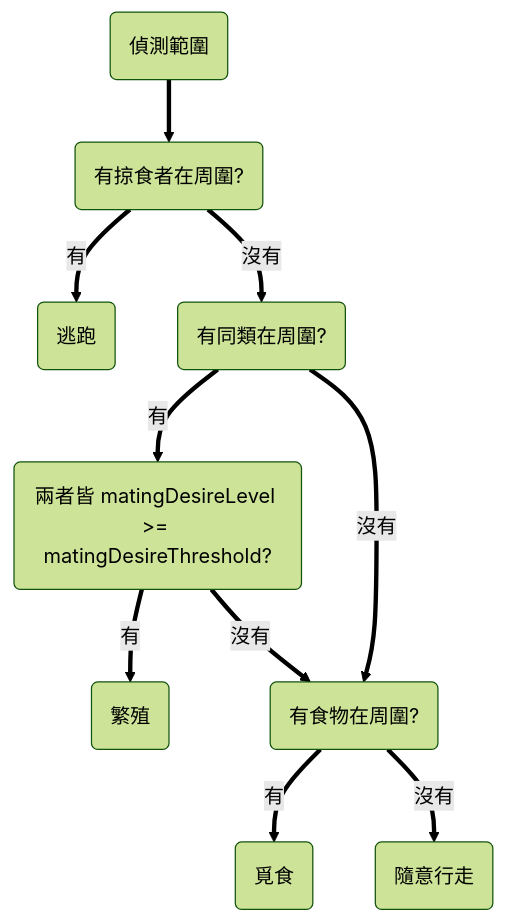
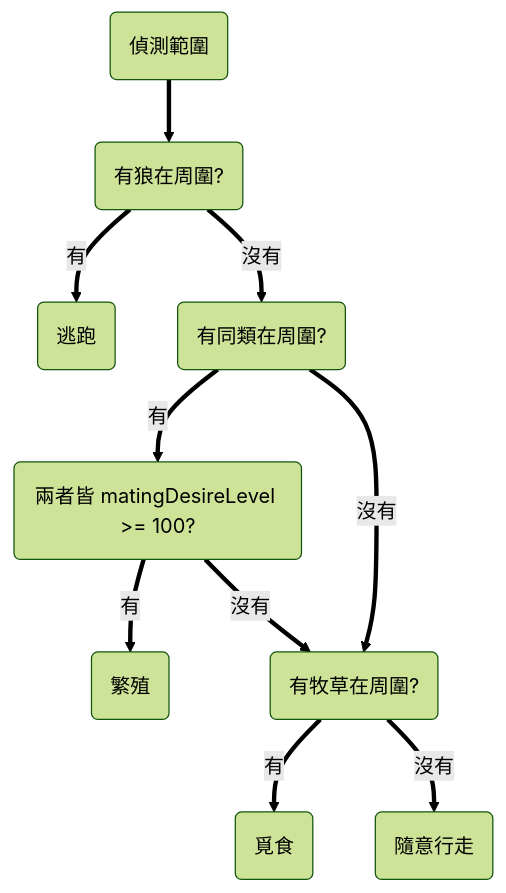
One commit to DeVEy1107/Ecosystem-simulation changed the eighth of 10 diagrams in README.md. Above: the diagram before and after it, drawn with Mermaid (forest theme). The commit also changed other lines of this file and 6 other files, not shown here.

````diff
--- a/README.md
+++ b/README.md
@@ -98,18 +258,18 @@
-  ```mermaid
+```mermaid
   flowchart TD
   t1(偵測範圍) 
-  cond1(有掠食者在周圍?)
+  cond1(有狼在周圍?)
 
   t1 ==> cond1
   cond1 ==有==> r1(逃跑)
   cond1 ==沒有==> cond2(有同類在周圍?)
 
-  cond2 ==有==> cond3(兩者皆 matingDesireLevel >= matingDesireThreshold?)
+  cond2 ==有==> cond3(兩者皆 matingDesireLevel >= 100?)
   cond3 ==有==> r2(繁殖)
-  cond3 ==沒有==> cond4(有食物在周圍?)
+  cond3 ==沒有==> cond4(有牧草在周圍?)
 
   cond4 ==有==> r3(覓食)
   cond4 ==沒有==> r4(隨意行走)
 
   cond2 ==沒有==> cond4
-  ```
+```
````
